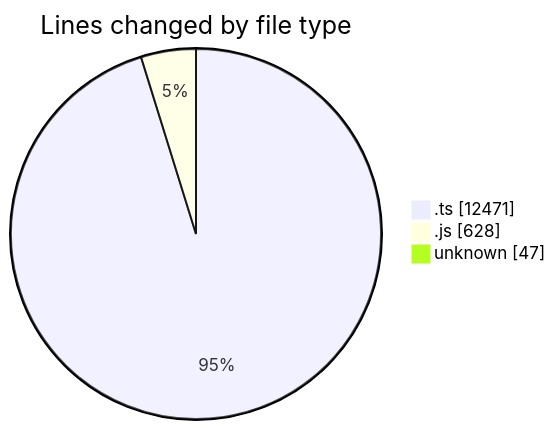
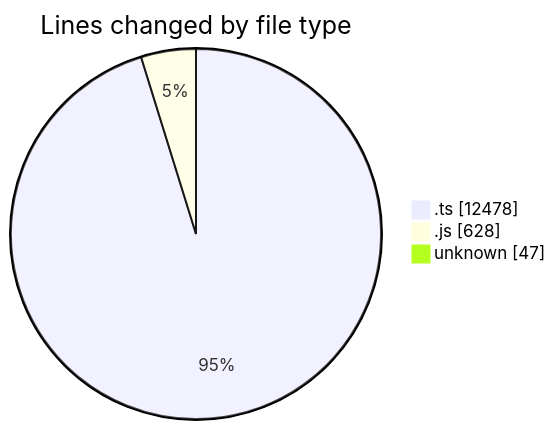
One commit to momahboobian/code-tracking changed the first of 2 diagrams in 2025-09-05/cda/README.md. Above: the diagram before and after it, drawn with Mermaid. The commit also changed other lines of this file and 1 other file, not shown here.

````diff
--- a/2025-09-05/cda/README.md
+++ b/2025-09-05/cda/README.md
@@ -25,7 +25,7 @@
 ```mermaid
 pie showData
 title Lines changed by file type
-".ts" : 12471
+".ts" : 12478
 ".js" : 628
 "unknown" : 47
 ```
````
